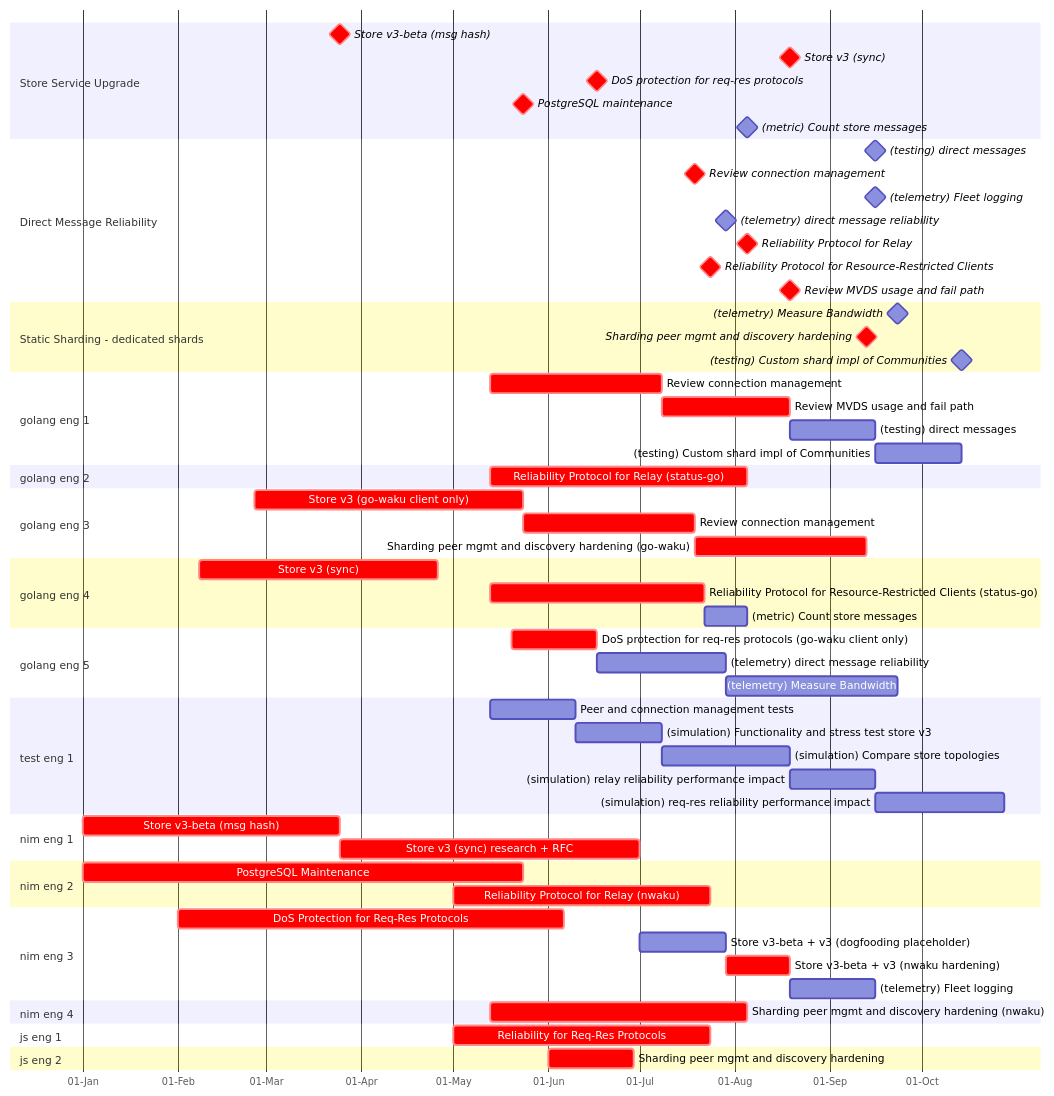
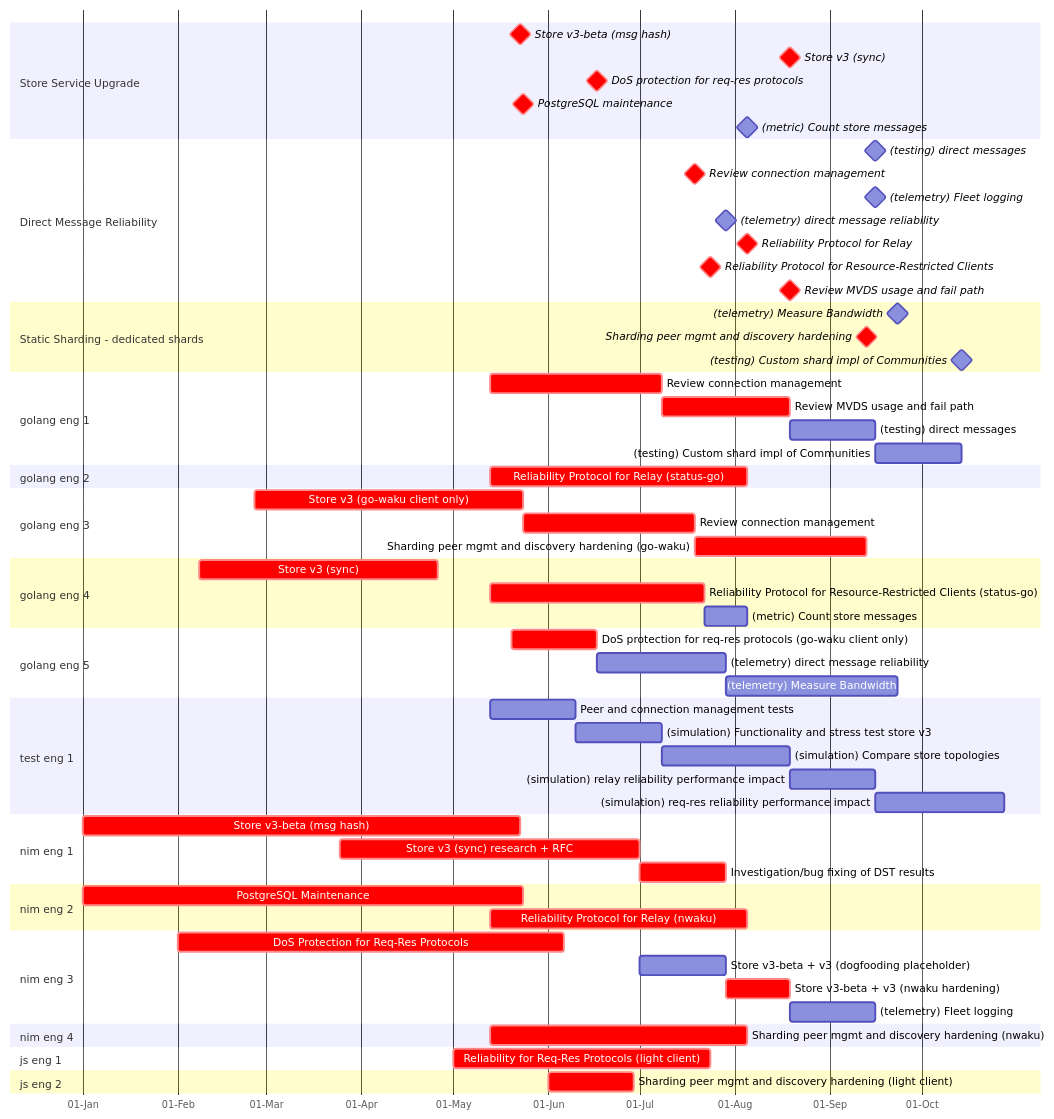
Before and after one commit to logos-co/roadmap: the diagram in content/waku/2024-gantt.md, drawn with Mermaid.

Commit message:
update test engineer

````diff
--- a/content/waku/2024-gantt.md
+++ b/content/waku/2024-gantt.md
@@ -78,12 +78,13 @@
         %% TBC estimate
         (simulation) req-res reliability performance impact: sim-reqres-rel, after sim-relay-rel rel-reqres-g, 6w
     section nim eng 1
-        %% TBC estimation done?
-        Store v3-beta (msg hash): crit, storev3-br, 2024-01-01, 12w
-        Store v3 (sync) research + RFC: crit, storev3-r, after storev3-br, 14w
+        %% Only dogfooding remaining
+        Store v3-beta (msg hash): crit, storev3-br, 2024-01-01, 2024-05-23
+        Store v3 (sync) research + RFC: crit, storev3-r, 2024-03-25, 14w
+        Investigation/bug fixing of DST results: crit, 2024-07-01, 4w
     section nim eng 2
         PostgreSQL Maintenance: crit, pgsql, 2024-01-01, 2024-05-24
-        Reliability Protocol for Relay (nwaku): crit, rel-relay-n, 2024-05-01, 12w
+        Reliability Protocol for Relay (nwaku): crit, rel-relay-n, 2024-05-13, 12w
     section nim eng 3
         DoS Protection for Req-Res Protocols: crit, dosreqresn, 2024-02-01, 18w
         Store v3-beta + v3 (dogfooding placeholder):  storev3-df, after storev3-br storev3-r, 4w
@@ -93,8 +94,8 @@
         %% TBC estimate/end
         Sharding peer mgmt and discovery hardening (nwaku): crit, sh-peer-mgmt-n, 2024-05-13, 12w
     section js eng 1
-        Reliability for Req-Res Protocols: crit, rel-reqres-j, 2024-05-01, 12w
+        Reliability for Req-Res Protocols (light client): crit, rel-reqres-j, 2024-05-01, 12w
     section js eng 2
         %% TBC scope
-        Sharding peer mgmt and discovery hardening: crit, sh-peer-mgmt-j, 2024-06-01, 4w
+        Sharding peer mgmt and discovery hardening (light client): crit, sh-peer-mgmt-j, 2024-06-01, 4w
 ```
````
